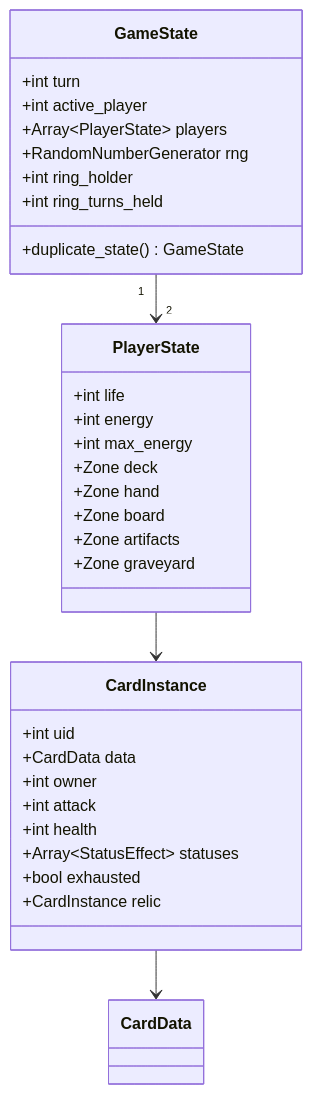
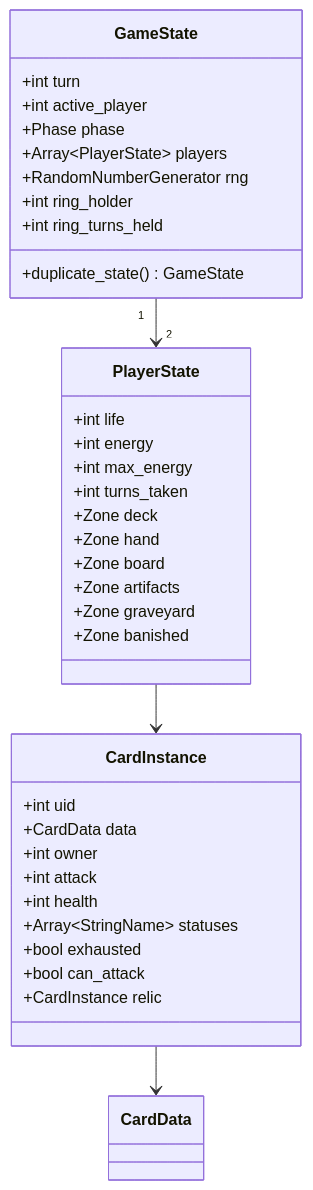
Before and after one commit to TuntematonSotilas/nothung: the diagram in docs/technical/03-data-model.md, drawn with Mermaid. The commit also changed other lines of this file and 45 other files, not shown here.

````diff
--- a/docs/technical/03-data-model.md
+++ b/docs/technical/03-data-model.md
@@ -53,35 +55,39 @@
 ```mermaid
 classDiagram
     class GameState {
       +int turn
       +int active_player
+      +Phase phase
       +Array~PlayerState~ players
       +RandomNumberGenerator rng
       +int ring_holder
       +int ring_turns_held
       +duplicate_state() GameState
     }
     class PlayerState {
       +int life
       +int energy
       +int max_energy
+      +int turns_taken
       +Zone deck
       +Zone hand
       +Zone board
       +Zone artifacts
       +Zone graveyard
+      +Zone banished
     }
     class CardInstance {
       +int uid
       +CardData data
       +int owner
       +int attack
       +int health
-      +Array~StatusEffect~ statuses
+      +Array~StringName~ statuses
       +bool exhausted
+      +bool can_attack
       +CardInstance relic
     }
     GameState "1" --> "2" PlayerState
     PlayerState --> CardInstance
     CardInstance --> CardData
 ```
````
